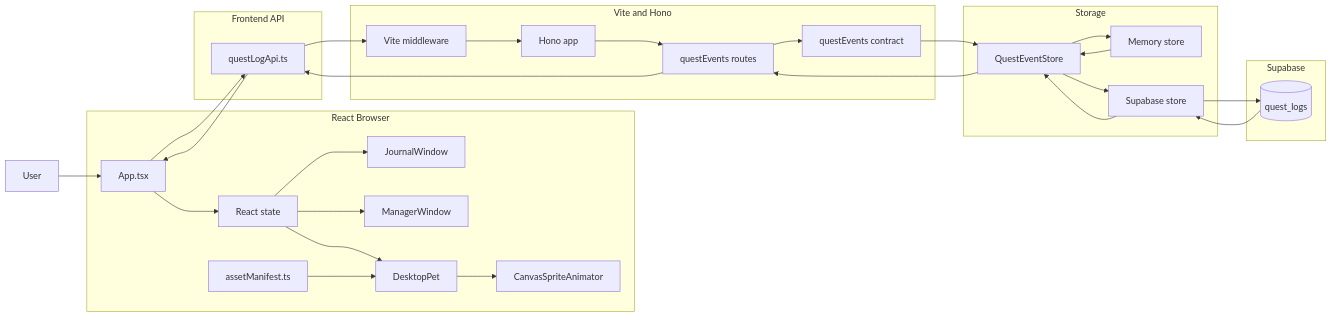
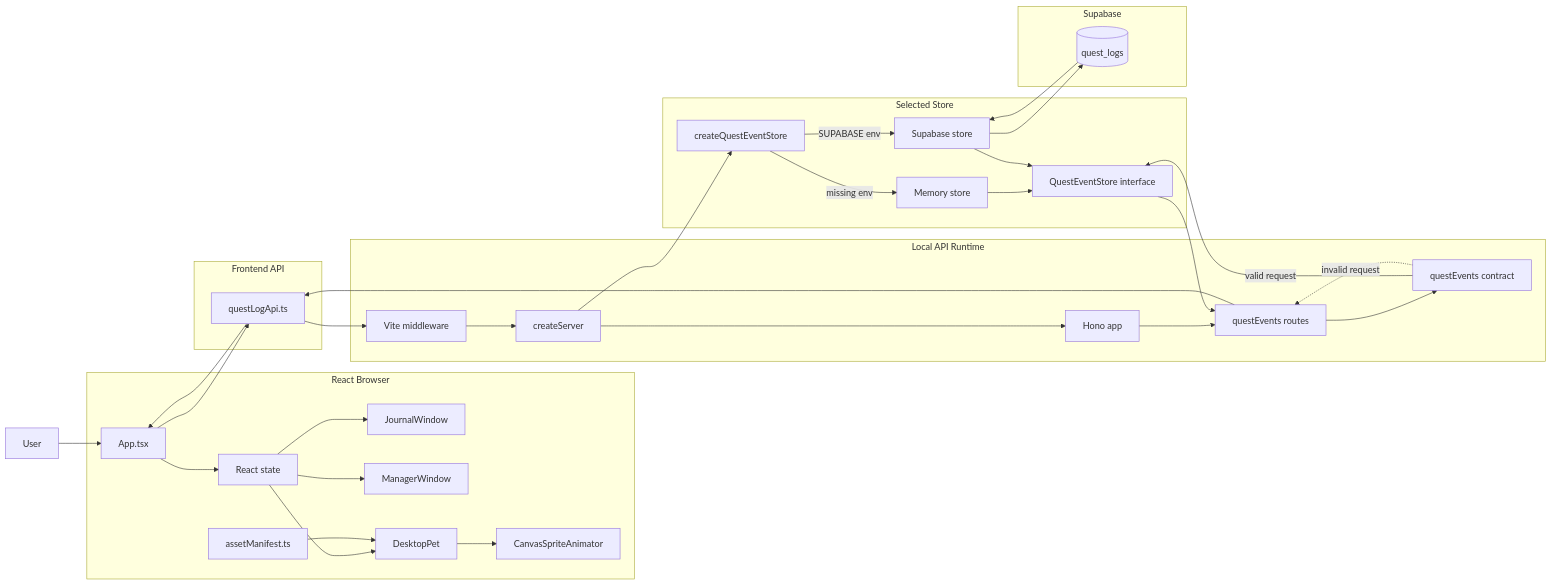
The first of 5 diagrams in docs/architecture-data-flow.md (Mureung1/hub-showcase), drawn with Mermaid before and after one commit. The commit also changed other lines of this file and 36 other files, not shown here.

````diff
--- a/docs/architecture-data-flow.md
+++ b/docs/architecture-data-flow.md
@@ -15,58 +15,63 @@
 ```mermaid
 flowchart LR
   User["User"]
 
   subgraph Browser["React Browser"]
     App["App.tsx"]
     State["React state"]
     Journal["JournalWindow"]
     Manager["ManagerWindow"]
     Pet["DesktopPet"]
     Canvas["CanvasSpriteAnimator"]
     Manifest["assetManifest.ts"]
   end
 
   subgraph FrontApi["Frontend API"]
     Adapter["questLogApi.ts"]
   end
 
-  subgraph HonoApi["Vite and Hono"]
+  subgraph LocalApi["Local API Runtime"]
     Vite["Vite middleware"]
+    Server["createServer"]
     Hono["Hono app"]
     Routes["questEvents routes"]
     Contract["questEvents contract"]
   end
 
-  subgraph StoreLayer["Storage"]
-    Store["QuestEventStore"]
+  subgraph StoreLayer["Selected Store"]
+    Selector["createQuestEventStore"]
     Memory["Memory store"]
     SupabaseStore["Supabase store"]
+    Store["QuestEventStore interface"]
   end
 
   subgraph Database["Supabase"]
     QuestLogs[("quest_logs")]
   end
 
   User --> App
   App --> State
   State --> Journal
   State --> Manager
   State --> Pet
   Manifest --> Pet
   Pet --> Canvas
   App --> Adapter
   Adapter --> Vite
-  Vite --> Hono
+  Vite --> Server
+  Server --> Selector
+  Selector -->|"missing env"| Memory
+  Selector -->|"SUPABASE env"| SupabaseStore
+  Memory --> Store
+  SupabaseStore --> Store
+  Server --> Hono
   Hono --> Routes
   Routes --> Contract
-  Contract --> Store
-  Store --> Memory
-  Store --> SupabaseStore
+  Contract -->|"valid request"| Store
+  Contract -.->|"invalid request"| Routes
   SupabaseStore --> QuestLogs
   QuestLogs --> SupabaseStore
-  SupabaseStore --> Store
-  Memory --> Store
   Store --> Routes
   Routes --> Adapter
   Adapter --> App
 ```
````
